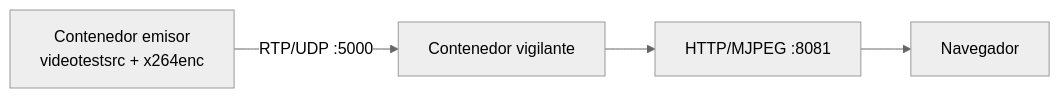
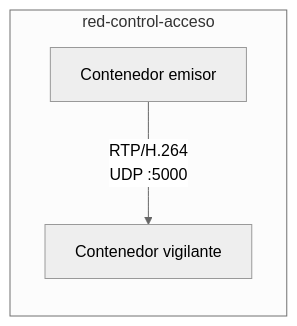
One commit to VeroC25/Project_1_Embebidos changed the second of 8 diagrams in docs/04_docker_qemu.md. Above: the diagram before and after it, drawn with Mermaid (neutral theme). The commit also changed other lines of this file, not shown here.

````diff
--- a/docs/04_docker_qemu.md
+++ b/docs/04_docker_qemu.md
@@ -15,6 +128,9 @@
 ```mermaid
 flowchart LR
-    E["Contenedor emisor<br/>videotestsrc + x264enc"] -->|"RTP/UDP :5000"| V["Contenedor vigilante"]
-    V --> H["HTTP/MJPEG :8081"]
-    H --> B["Navegador"]
+    E["Contenedor emisor"] -->|"RTP/H.264<br/>UDP :5000"| V["Contenedor vigilante"]
+
+    subgraph NET["red-control-acceso"]
+        E
+        V
+    end
 ```
````
